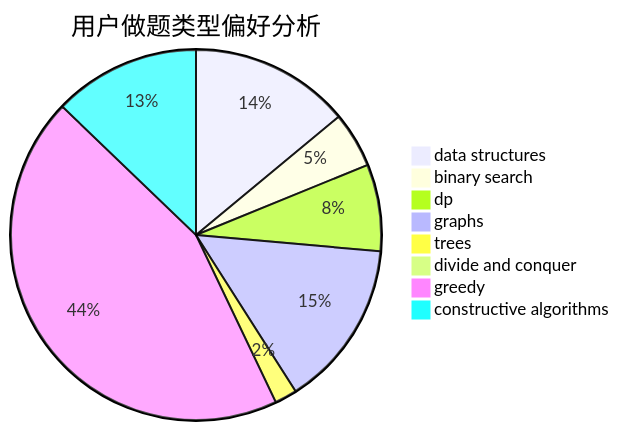
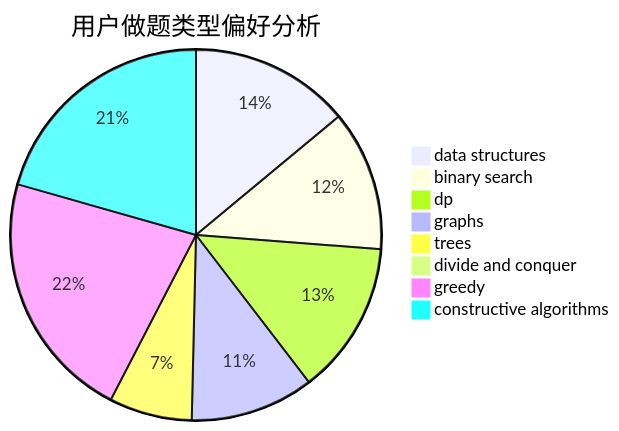
Before and after one commit to sherpahu/cfrs.github.io: the second of 3 diagrams in docs/user/u45.md, drawn with Mermaid. The commit also changed other lines of this file and 2770 other files, not shown here.

````diff
--- a/docs/user/u45.md
+++ b/docs/user/u45.md
@@ -23,11 +23,11 @@
 ```mermaid
 pie title 用户做题类型偏好分析
-    "data structures" :  72
-    "binary search" :  25
-    "dp" :  39
-    "graphs" :  75
-    "trees" :  10
-    "divide and conquer" :  1
-    "greedy" :  228
-    "constructive algorithms" :  66
+    "data structures" :  114
+    "binary search" :  100
+    "dp" :  109
+    "graphs" :  88
+    "trees" :  59
+    "divide and conquer" :  0
+    "greedy" :  178
+    "constructive algorithms" :  168
 ```
````
